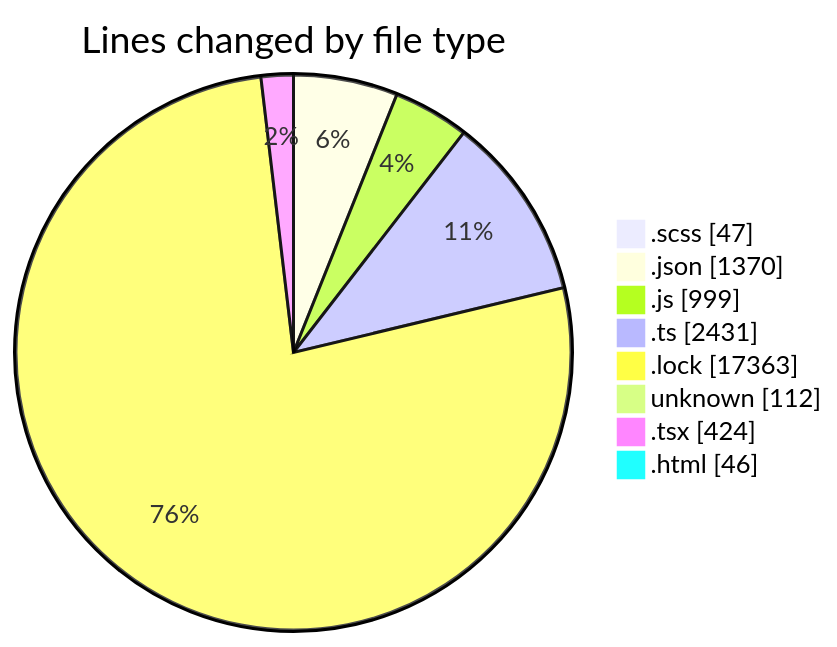
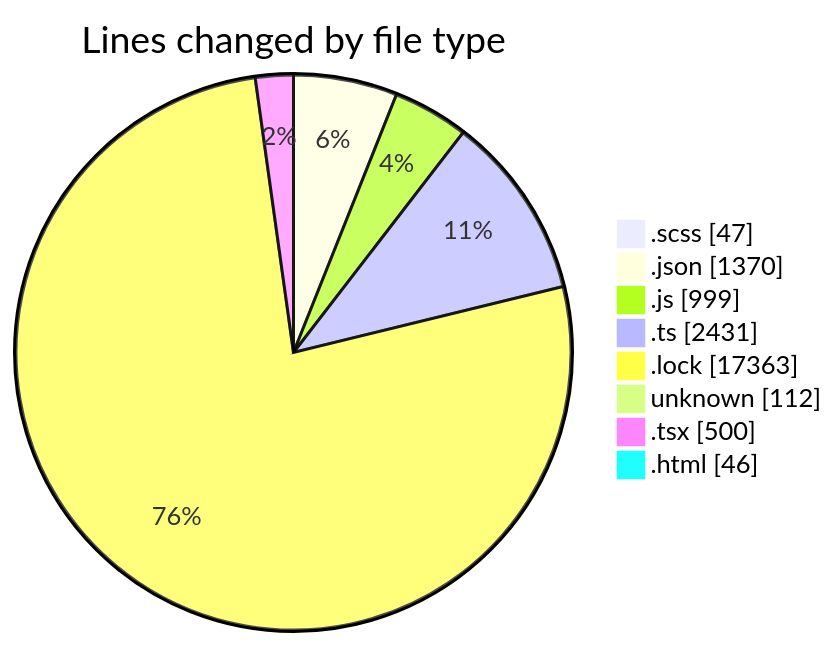
Before and after one commit to momahboobian/code-tracking: the first of 2 diagrams in 2026-04-21/cda/README.md, drawn with Mermaid. The commit also changed other lines of this file and 1 other file, not shown here.

````diff
--- a/2026-04-21/cda/README.md
+++ b/2026-04-21/cda/README.md
@@ -54,12 +54,12 @@
 ```mermaid
 pie showData
 title Lines changed by file type
 ".scss" : 47
 ".json" : 1370
 ".js" : 999
 ".ts" : 2431
 ".lock" : 17363
 "unknown" : 112
-".tsx" : 424
+".tsx" : 500
 ".html" : 46
 ```
````
